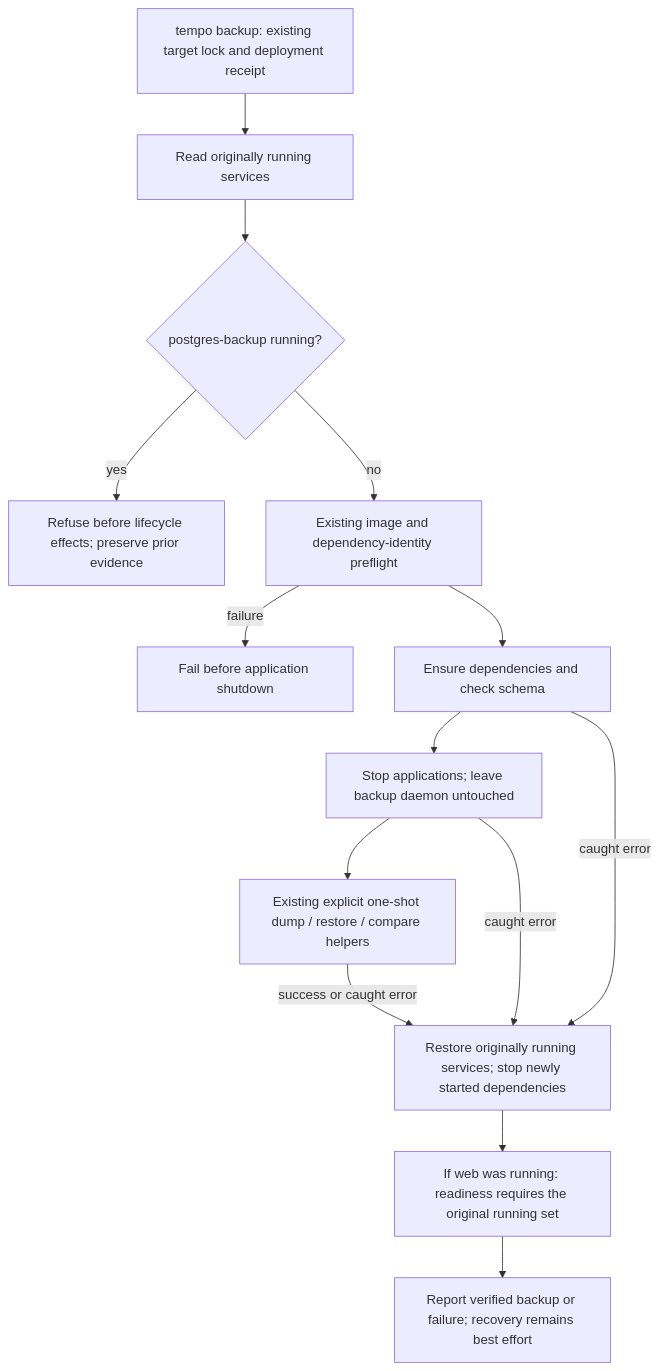
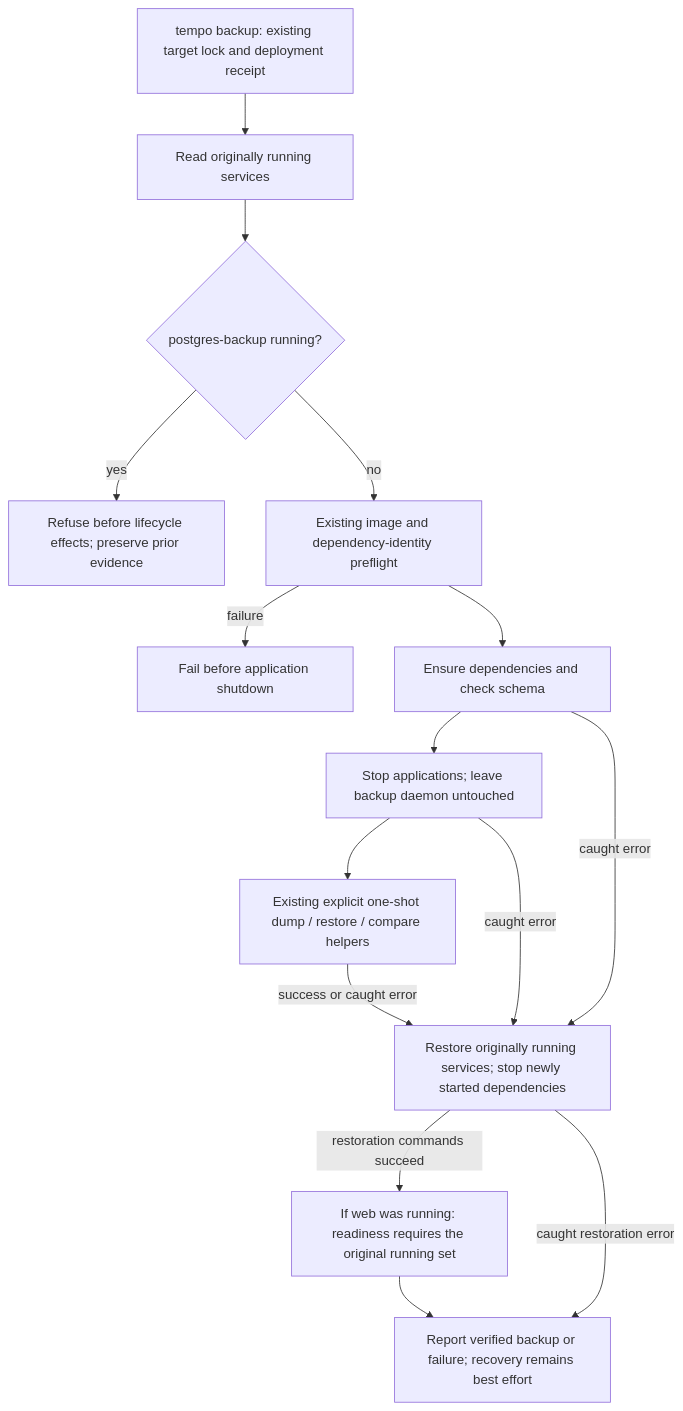
The diagram in scripts/README.md (aaweaver-actuary/tempo), drawn with Mermaid before and after one commit.

Commit message:
Show direct restoration failure reporting in backup diagram

````diff
--- a/scripts/README.md
+++ b/scripts/README.md
@@ -21,16 +21,17 @@
 ```mermaid
 flowchart TD
   CLI["tempo backup: existing target lock and deployment receipt"] --> Snapshot["Read originally running services"]
   Snapshot --> Gate{"postgres-backup running?"}
   Gate -->|yes| Refuse["Refuse before lifecycle effects; preserve prior evidence"]
   Gate -->|no| Images["Existing image and dependency-identity preflight"]
   Images -->|failure| PreflightFailure["Fail before application shutdown"]
   Images --> Prepare["Ensure dependencies and check schema"]
   Prepare --> Stop["Stop applications; leave backup daemon untouched"]
   Stop --> Helpers["Existing explicit one-shot dump / restore / compare helpers"]
   Helpers -->|success or caught error| Recover["Restore originally running services; stop newly started dependencies"]
   Prepare -->|caught error| Recover
   Stop -->|caught error| Recover
-  Recover --> Ready["If web was running: readiness requires the original running set"]
+  Recover -->|restoration commands succeed| Ready["If web was running: readiness requires the original running set"]
+  Recover -->|caught restoration error| Report
   Ready --> Report["Report verified backup or failure; recovery remains best effort"]
 ```
````
